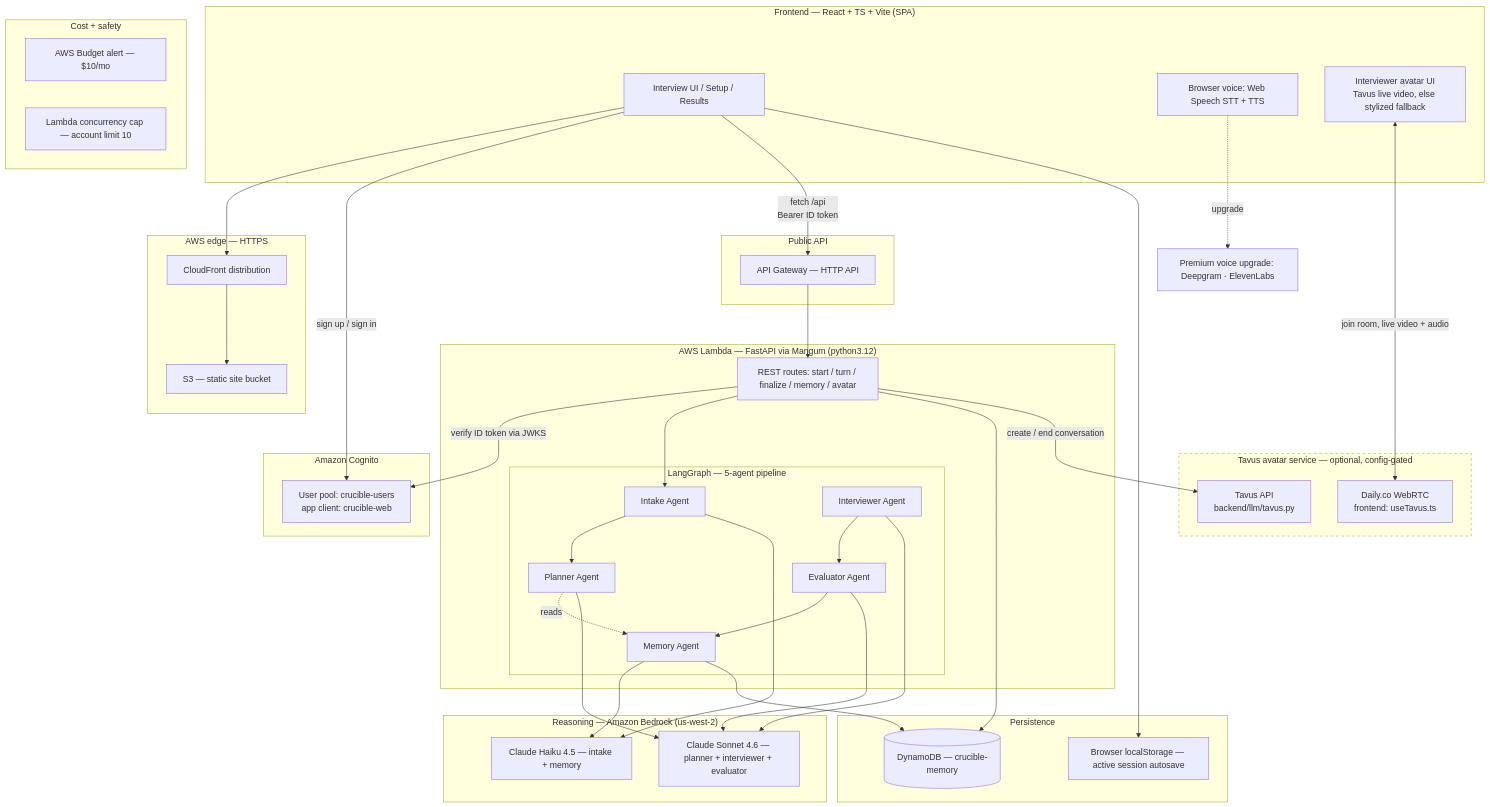
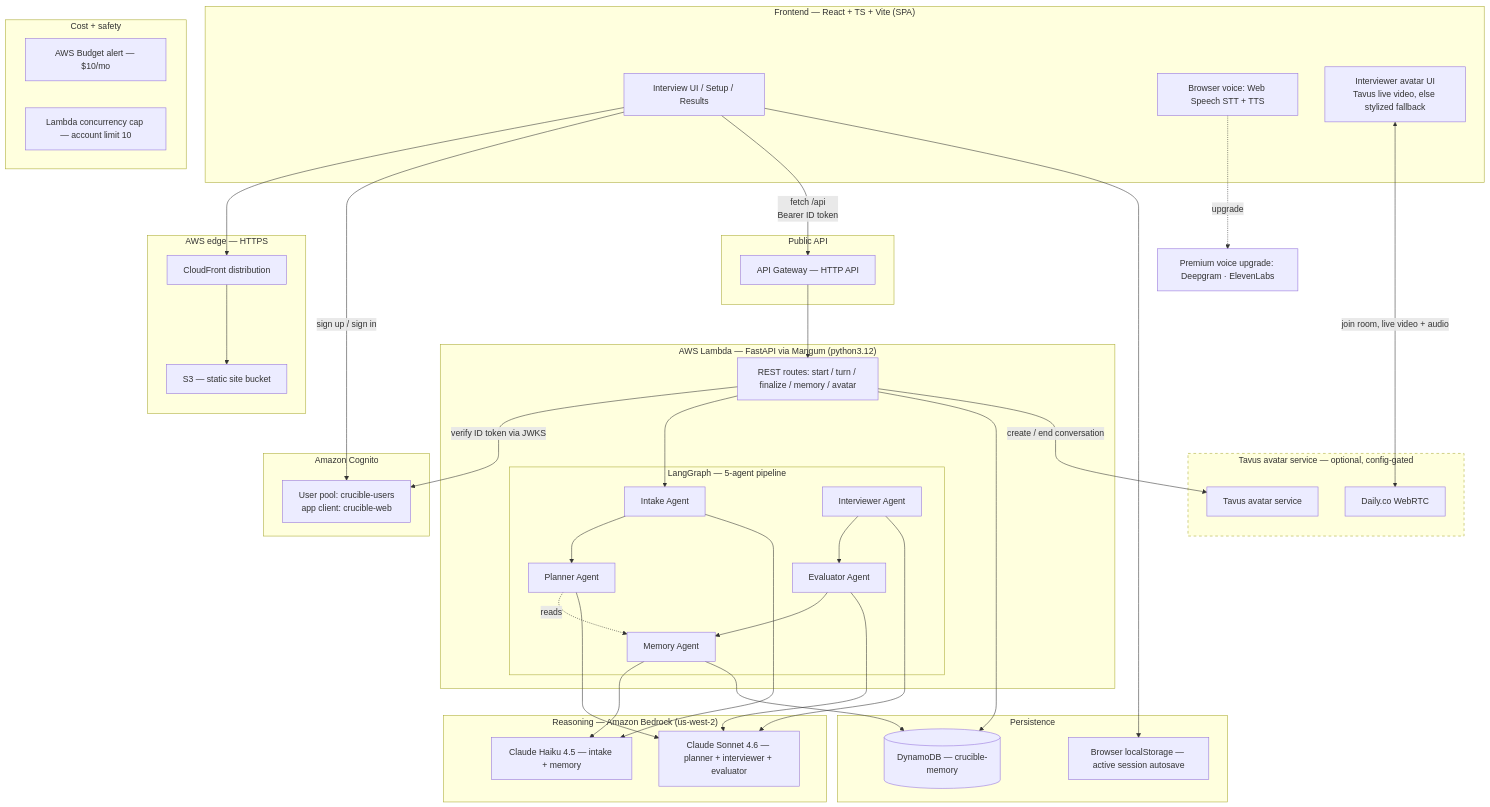
Before and after one commit to karthikreddyyalala/Interview.ai: the diagram in docs/diagrams/01-system-architecture.mmd, drawn with Mermaid.

Commit message:
docs: drop file-path citations from Tavus diagram node labels
TAVUS and DAILY were the only nodes in the diagram citing literal source
paths; every other node (including ones with equally concrete backing
files, like the LangGraph agents) stays at service/architecture level.
Match that convention.

```diff
--- a/docs/diagrams/01-system-architecture.mmd
+++ b/docs/diagrams/01-system-architecture.mmd
@@ -1,83 +1,83 @@
 %% Crucible — DEPLOYED architecture (as of 2026-09-04).
 %% Solid line  = built & live, always on the request path.
 %% Dotted line = planned / not yet built.
 %% Dashed subgraph border = built & live in production, but config-gated at
 %%   runtime (degrades gracefully to a fallback if the env vars are unset).
 flowchart TB
     subgraph Client["Frontend — React + TS + Vite (SPA)"]
         UI[Interview UI / Setup / Results]
         VOICE[Browser voice: Web Speech STT + TTS]
         AVA[Interviewer avatar UI<br/>Tavus live video, else stylized fallback]
     end
 
     subgraph CDN["AWS edge — HTTPS"]
         CF[CloudFront distribution]
         S3F[S3 — static site bucket]
     end
 
     subgraph Identity["Amazon Cognito"]
         AUTH[User pool: crucible-users<br/>app client: crucible-web]
     end
 
     subgraph API["Public API"]
         APIGW[API Gateway — HTTP API]
     end
 
     subgraph Compute["AWS Lambda — FastAPI via Mangum (python3.12)"]
         ROUTES[REST routes: start / turn / finalize / memory / avatar]
         subgraph Graph["LangGraph — 5-agent pipeline"]
             IN[Intake Agent]
             PL[Planner Agent]
             IV[Interviewer Agent]
             EV[Evaluator Agent]
             MEM[Memory Agent]
         end
     end
 
     subgraph AI["Reasoning — Amazon Bedrock (us-west-2)"]
         HAIKU[Claude Haiku 4.5 — intake + memory]
         SONNET[Claude Sonnet 4.6 — planner + interviewer + evaluator]
     end
 
     subgraph Data["Persistence"]
         DDB[(DynamoDB — crucible-memory)]
         LSTORE[Browser localStorage — active session autosave]
     end
 
     subgraph Guards["Cost + safety"]
         BUDGET[AWS Budget alert — $10/mo]
         CONC[Lambda concurrency cap — account limit 10]
     end
 
     subgraph AvatarSvc["Tavus avatar service — optional, config-gated"]
-        TAVUS[Tavus API<br/>backend/llm/tavus.py]
-        DAILY[Daily.co WebRTC<br/>frontend: useTavus.ts]
+        TAVUS[Tavus avatar service]
+        DAILY[Daily.co WebRTC]
     end
 
     %% planned / not yet built
     PROV[Premium voice upgrade: Deepgram · ElevenLabs]
 
     UI --> CF
     CF --> S3F
     UI -->|sign up / sign in| AUTH
     UI -->|fetch /api<br/>Bearer ID token| APIGW
     APIGW --> ROUTES
     ROUTES -->|verify ID token via JWKS| AUTH
     ROUTES --> IN
     IN --> PL
     PL -. reads .-> MEM
     IV --> EV
     EV --> MEM
     IN --> HAIKU
     MEM --> HAIKU
     PL --> SONNET
     IV --> SONNET
     EV --> SONNET
     MEM --> DDB
     ROUTES --> DDB
     UI --> LSTORE
     ROUTES -->|create / end conversation| TAVUS
     AVA <-->|join room, live video + audio| DAILY
     VOICE -. upgrade .-> PROV
 
     style AvatarSvc stroke-dasharray: 5 5
```
